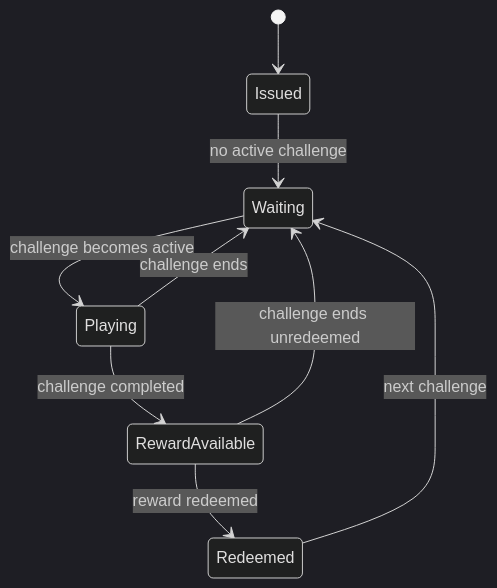
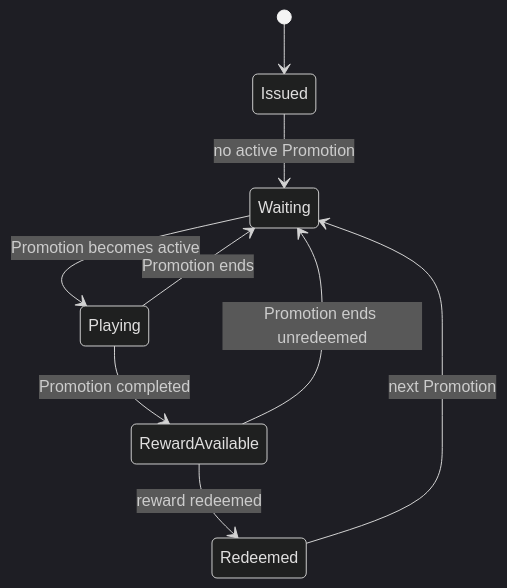
One commit to spardobo/fidelitopass changed the second of 2 diagrams in docs/conceptual-design.md. Above: the diagram before and after it, drawn with Mermaid (dark theme). The commit also changed other lines of this file and 18 other files, not shown here.

````diff
--- a/docs/conceptual-design.md
+++ b/docs/conceptual-design.md
@@ -119,11 +120,11 @@
 ```mermaid
 stateDiagram-v2
     [*] --> Issued
-    Issued --> Waiting: no active challenge
-    Waiting --> Playing: challenge becomes active
-    Playing --> RewardAvailable: challenge completed
+    Issued --> Waiting: no active Promotion
+    Waiting --> Playing: Promotion becomes active
+    Playing --> RewardAvailable: Promotion completed
     RewardAvailable --> Redeemed: reward redeemed
-    Playing --> Waiting: challenge ends
-    RewardAvailable --> Waiting: challenge ends unredeemed
-    Redeemed --> Waiting: next challenge
+    Playing --> Waiting: Promotion ends
+    RewardAvailable --> Waiting: Promotion ends unredeemed
+    Redeemed --> Waiting: next Promotion
 ```
````
